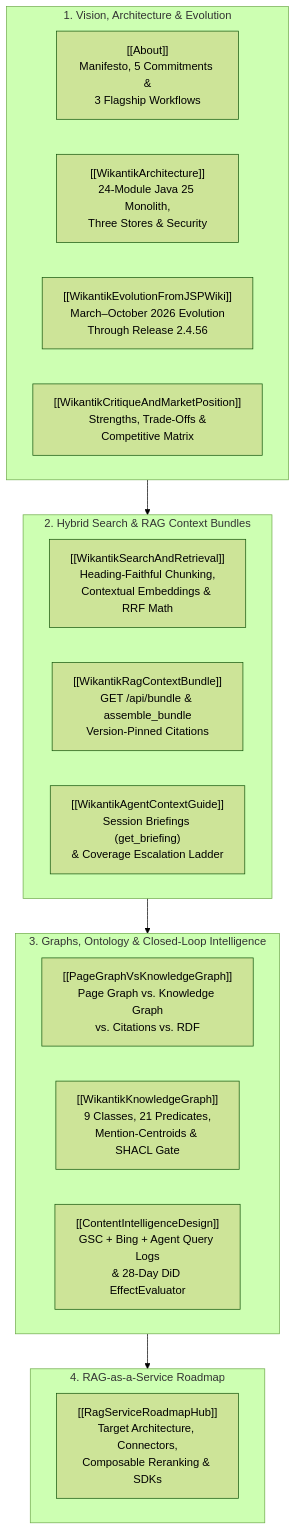
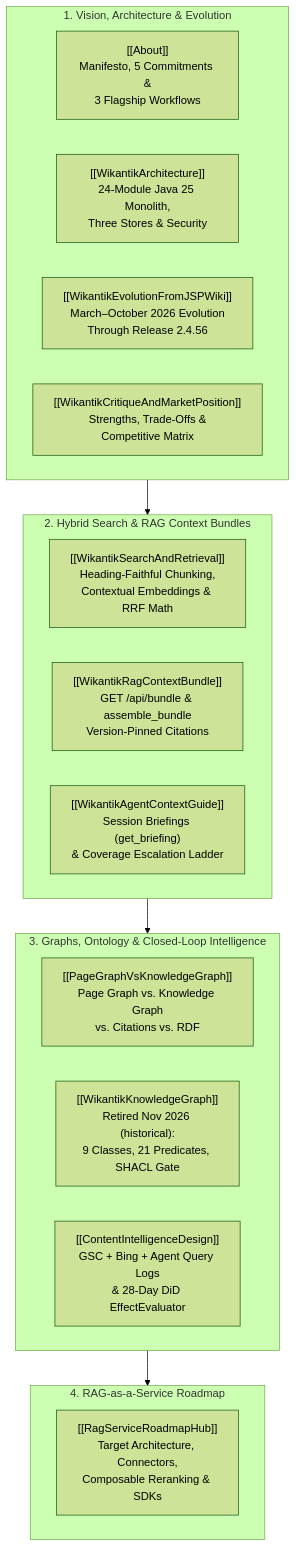
Before and after one commit to jakefearsd/wikantik: the diagram in docs/wikantik-pages/WikantikPlatformHub.md, drawn with Mermaid (forest theme). The commit also changed other lines of this file and 702 other files, not shown here.

First line of the commit message:
feat(kg): delete the Knowledge Graph (step 2): code, tables (V070), ontology entity layer, KG docs retired

````diff
--- a/docs/wikantik-pages/WikantikPlatformHub.md
+++ b/docs/wikantik-pages/WikantikPlatformHub.md
@@ -53,27 +52,27 @@
 ```mermaid
 flowchart TB
     subgraph Manifesto["1. Vision, Architecture & Evolution"]
         About["[[About]]<br/>Manifesto, 5 Commitments &<br/>3 Flagship Workflows"]
         Arch["[[WikantikArchitecture]]<br/>24-Module Java 25 Monolith,<br/>Three Stores & Security"]
         Evol["[[WikantikEvolutionFromJSPWiki]]<br/>March–October 2026 Evolution<br/>Through Release 2.4.56"]
         Crit["[[WikantikCritiqueAndMarketPosition]]<br/>Strengths, Trade-Offs &<br/>Competitive Matrix"]
     end
 
     subgraph Retrieval["2. Hybrid Search & RAG Context Bundles"]
         Search["[[WikantikSearchAndRetrieval]]<br/>Heading-Faithful Chunking,<br/>Contextual Embeddings & RRF Math"]
         Bundle["[[WikantikRagContextBundle]]<br/>GET /api/bundle & assemble_bundle<br/>Version-Pinned Citations"]
         AgentCtx["[[WikantikAgentContextGuide]]<br/>Session Briefings (get_briefing)<br/>& Coverage Escalation Ladder"]
     end
 
     subgraph Graphs["3. Graphs, Ontology & Closed-Loop Intelligence"]
         PGvKG["[[PageGraphVsKnowledgeGraph]]<br/>Page Graph vs. Knowledge Graph<br/>vs. Citations vs. RDF"]
-        KG["[[WikantikKnowledgeGraph]]<br/>9 Classes, 21 Predicates,<br/>Mention-Centroids & SHACL Gate"]
+        KG["[[WikantikKnowledgeGraph]]<br/>Retired Nov 2026 (historical):<br/>9 Classes, 21 Predicates, SHACL Gate"]
         CI["[[ContentIntelligenceDesign]]<br/>GSC + Bing + Agent Query Logs<br/>& 28-Day DiD EffectEvaluator"]
     end
 
     subgraph Roadmap["4. RAG-as-a-Service Roadmap"]
         RagHub["[[RagServiceRoadmapHub]]<br/>Target Architecture, Connectors,<br/>Composable Reranking & SDKs"]
     end
 
     Manifesto --> Retrieval --> Graphs --> Roadmap
 ```
````
